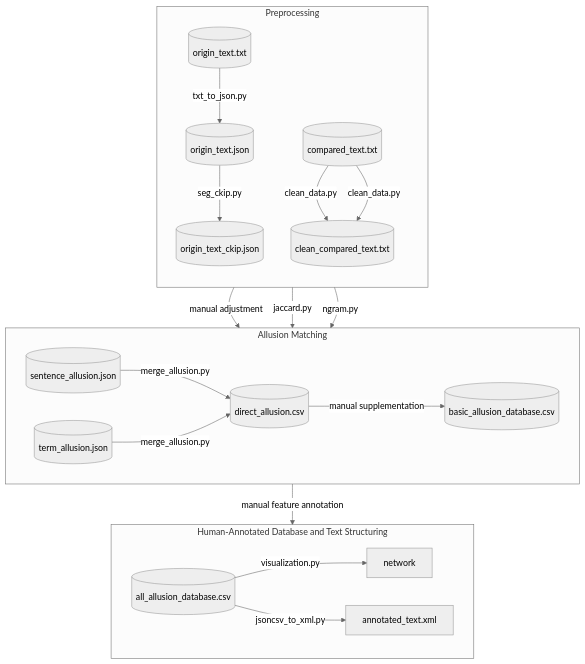
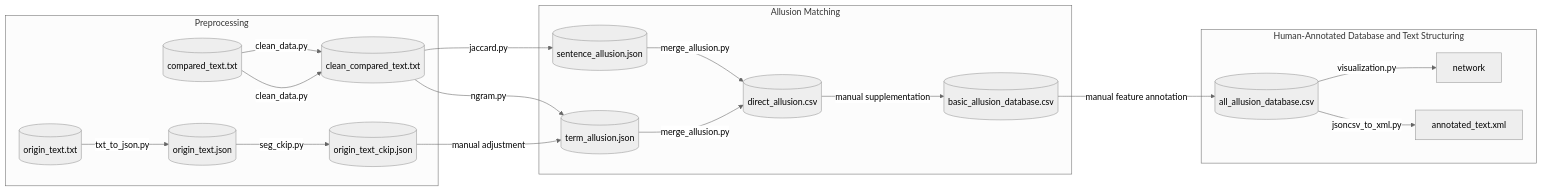
Before and after one commit to Taoyi-Chiang/lufu_allusion: the diagram in README.md, drawn with Mermaid (neutral theme).

````diff
--- a/README.md
+++ b/README.md
@@ -3,44 +3,41 @@
 ```mermaid
-graph TD
+graph LR
     %% 定義各個節點
     A1[(origin_text.txt)]
     A2[(compared_text.txt)]
     A3[(clean_compared_text.txt)]
     B1[(origin_text.json)]
     B2[(origin_text_ckip.json)]
     C1[(sentence_allusion.json)]
     C2[(term_allusion.json)]
     D1[(direct_allusion.csv)]
     E1[(basic_allusion_database.csv)]
     E2[(all_allusion_database.csv)]
     F1[network]
     F2[annotated_text.xml]
 
     %% 前處理階段
     subgraph Preprocessing
-    direction TB
         A1-->|txt_to_json.py|B1
         B1-->|seg_ckip.py|B2
         A2-->|clean_data.py|A3
         A2-->|clean_data.py|A3
     end
 
     %% 比對階段
     subgraph Allusion Matching
-    direction LR
         B2-->|manual adjustment|C2
         A3-->|jaccard.py|C1
         A3-->|ngram.py|C2
         C1-->|merge_allusion.py|D1
         C2-->|merge_allusion.py|D1
         D1-->|manual supplementation|E1
     end
 
     %% 標記階段
     subgraph Human-Annotated Database and Text Structuring
-    direction LR
         E1-->|manual feature annotation|E2
         E2-->|visualization.py|F1
         E2-->|jsoncsv_to_xml.py|F2
     end
 ```
````
